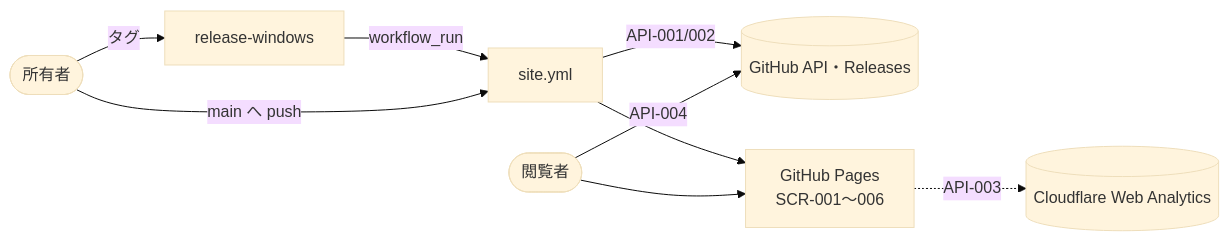
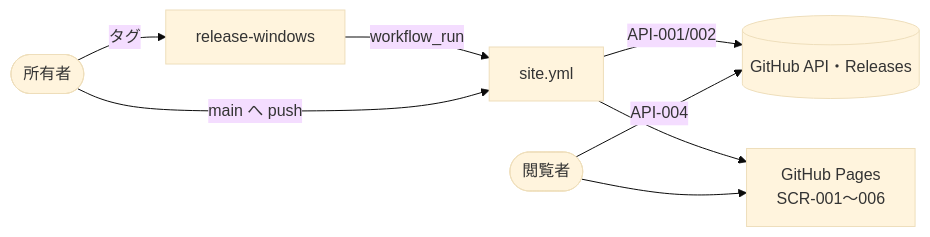
Before and after one commit to itiwoja/DC-Designer: the diagram in docs/design/11_tech_spec.md, drawn with Mermaid (base theme). The commit also changed other lines of this file and 14 other files, not shown here.

````diff
--- a/docs/design/11_tech_spec.md
+++ b/docs/design/11_tech_spec.md
@@ -21,10 +20,9 @@
 ```mermaid
 flowchart LR
   O([所有者]) -->|タグ| RW[release-windows] -->|workflow_run| SW[site.yml]
   O -->|main へ push| SW
   SW -->|API-001/002| GH[(GitHub API・Releases)]
   SW --> PG[GitHub Pages<br>SCR-001〜006]
   V([閲覧者]) --> PG
   V -->|API-004| GH
-  PG -.API-003.-> CF[(Cloudflare Web Analytics)]
 ```
````
